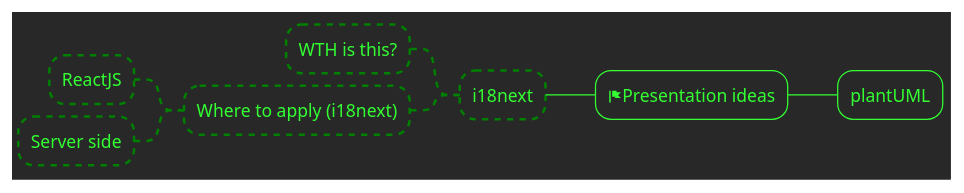
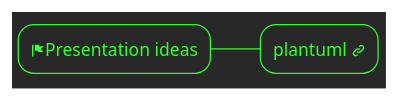
One commit to phuhh98/plantuml-examples changed the diagram in ideas.pu. Above: the diagram before and after it, drawn with PlantUML. The commit also changed 9 other files, not shown here.

```diff
--- a/ideas.pu
+++ b/ideas.pu
@@ -1,68 +1,68 @@
 @startmindmap
 ' skinparam Monochrome reverse
 !theme crt-green
 
 <style>
 .dotBox * {
 	LineStyle 5
     LineThickness 2
     LineColor green
 }
 .dotArrow {
 	arrow {
 		LineStyle 5
     	LineThickness 2
     	LineColor green
 	}
 }
 
 .activate {
 	BackgroundColor green
 }
 .deactivate {
 	BackgroundColor Sienna
 }
 </style>
 
 + <&flag>Presentation ideas
 
-++ plantUML 
+++ plantuml [[https://plantuml.com/ <&link-intact>]] 
 ' +++ WHAT 
 
 ' ++++ UML - Unified Modeling Language <<dotBox>>
 ' ++++ plantUML and \nplantUML extension on VS code;
 
 
 ' +++ Purpose / benefits <<activate>>
 
 ' ++++ Help us to create a visual representation/documentation of our code flow
 ' ++++ Support many kinds of diagram: class, object, sequence, activity, and use case diagrams.
 
 'create a visual representation of those abstract ideas in our mind
 
 
 ' +++ code example: a login scenario \nclient, server, database
 
 
 ' ***:customize style with
 '  - skinparam [__skinProp__] [__propValue__]
 '  - !theme [__themeName__];
 
 
 ' +++ add diagram to github via PlantUML proxy service
 
 ' ****: add this line to your markdown file
 ' ![alternativeText](http://www.plantuml.com/plantuml/proxy?src=RESOURCE&idx=INDEX&fmt=FORMAT);
 
 
 
 ' REMOVED
 
--- i18next <<dotBox>>
---- WTH is this?
---- Where to apply (i18next) <<dotArrow>>
----- ReactJS 
----- Server side 
+' -- i18next <<dotBox>>
+' --- WTH is this?
+' --- Where to apply (i18next) <<dotArrow>>
+' ---- ReactJS 
+' ---- Server side 
 
 
 @endmindmap
```
